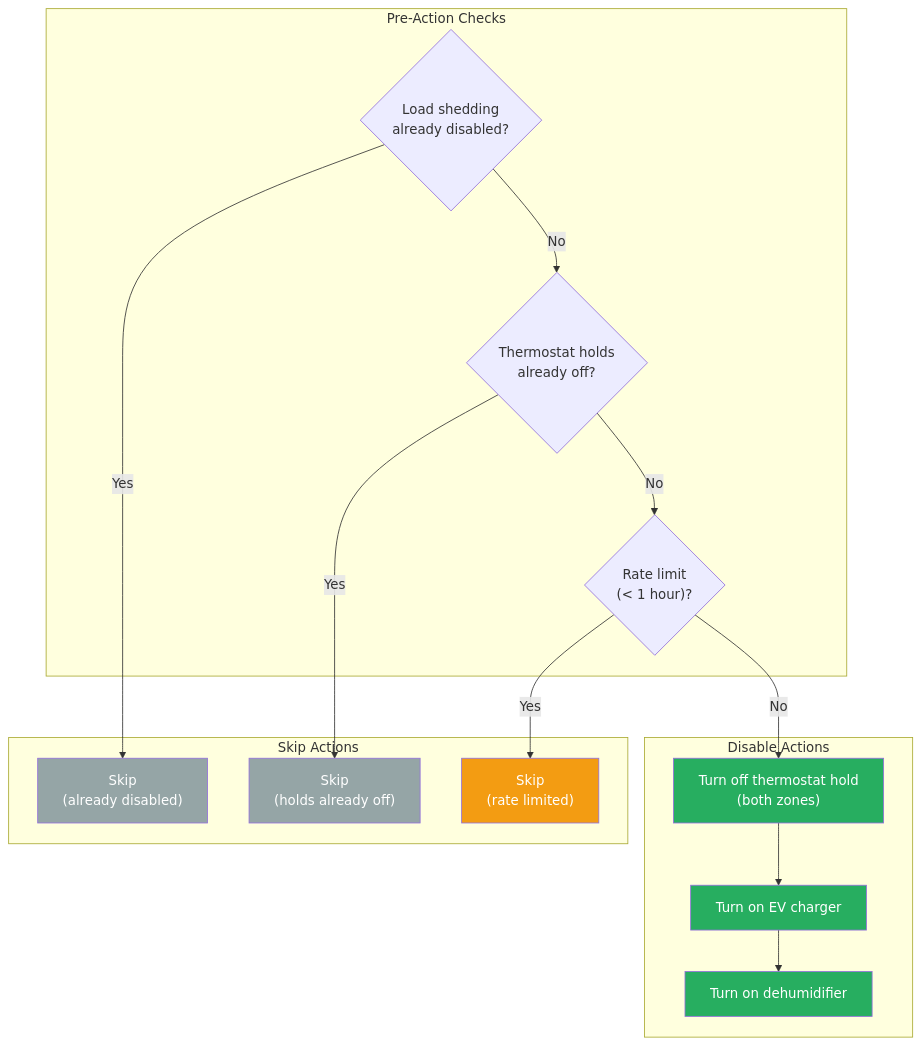
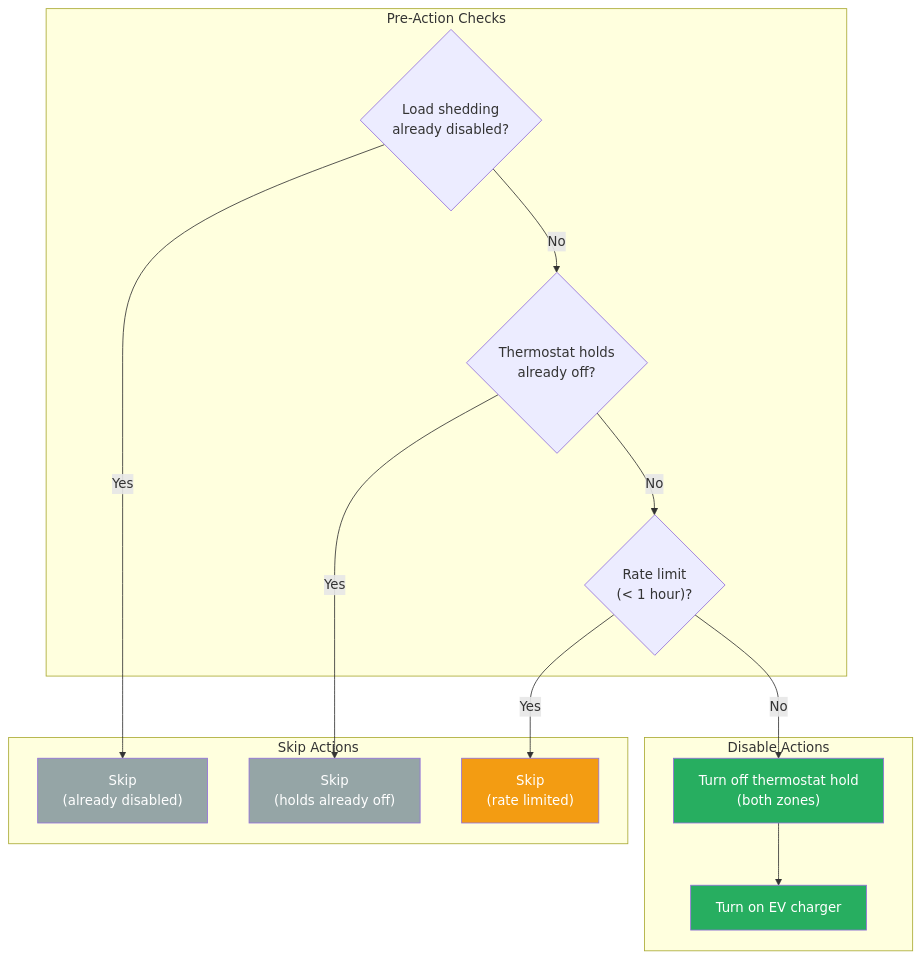
One commit to NickBorgers/home-automation changed the third of 7 diagrams in docs/flows/LOAD_SHEDDING.md. Above: the diagram before and after it, drawn with Mermaid. The commit also changed other lines of this file and 2 other files, not shown here.

Commit message:
Fix #1280: make dehumidifier white-only

````diff
--- a/docs/flows/LOAD_SHEDDING.md
+++ b/docs/flows/LOAD_SHEDDING.md
@@ -85,36 +87,33 @@
 ```mermaid
 flowchart TD
     subgraph Check["Pre-Action Checks"]
         alreadyOff{"Load shedding<br/>already disabled?"}
         checkHold{"Thermostat holds<br/>already off?"}
         rateLimit{"Rate limit<br/>(< 1 hour)?"}
     end
 
     subgraph Skip["Skip Actions"]
         skipOff["Skip<br/>(already disabled)"]
         skipHold["Skip<br/>(holds already off)"]
         skipRate["Skip<br/>(rate limited)"]
     end
 
     subgraph Actions["Disable Actions"]
         turnOffHold["Turn off thermostat hold<br/>(both zones)"]
         turnOnEV["Turn on EV charger"]
-        turnOnDehum["Turn on dehumidifier"]
     end
 
     alreadyOff -->|Yes| skipOff
     alreadyOff -->|No| checkHold
     checkHold -->|Yes| skipHold
     checkHold -->|No| rateLimit
     rateLimit -->|Yes| skipRate
     rateLimit -->|No| turnOffHold
     turnOffHold --> turnOnEV
-    turnOnEV --> turnOnDehum
 
     style skipOff fill:#95a5a6,color:#fff
     style skipHold fill:#95a5a6,color:#fff
     style skipRate fill:#f39c12,color:#fff
     style turnOffHold fill:#27ae60,color:#fff
     style turnOnEV fill:#27ae60,color:#fff
-    style turnOnDehum fill:#27ae60,color:#fff
 ```
````
